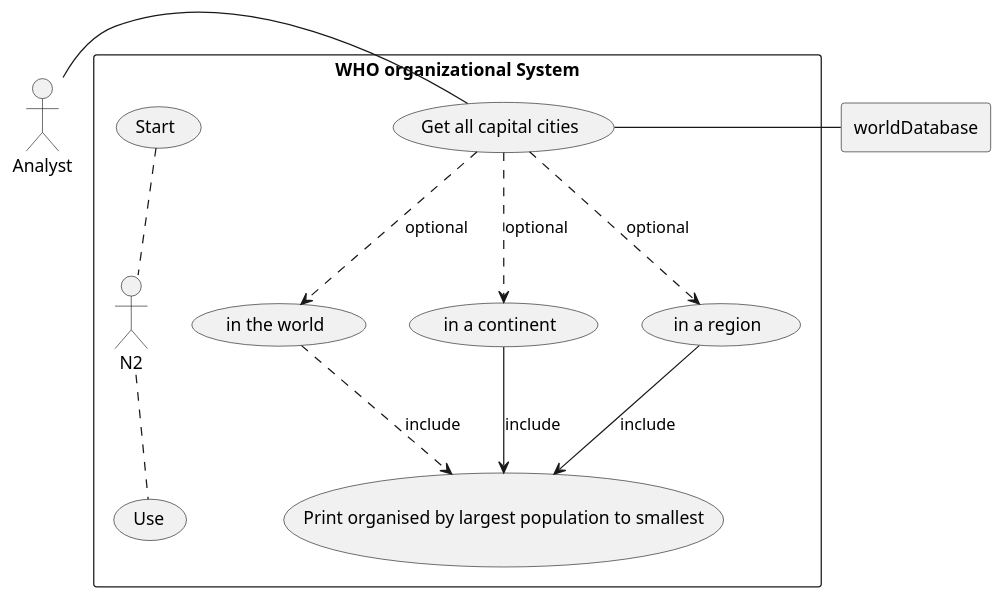
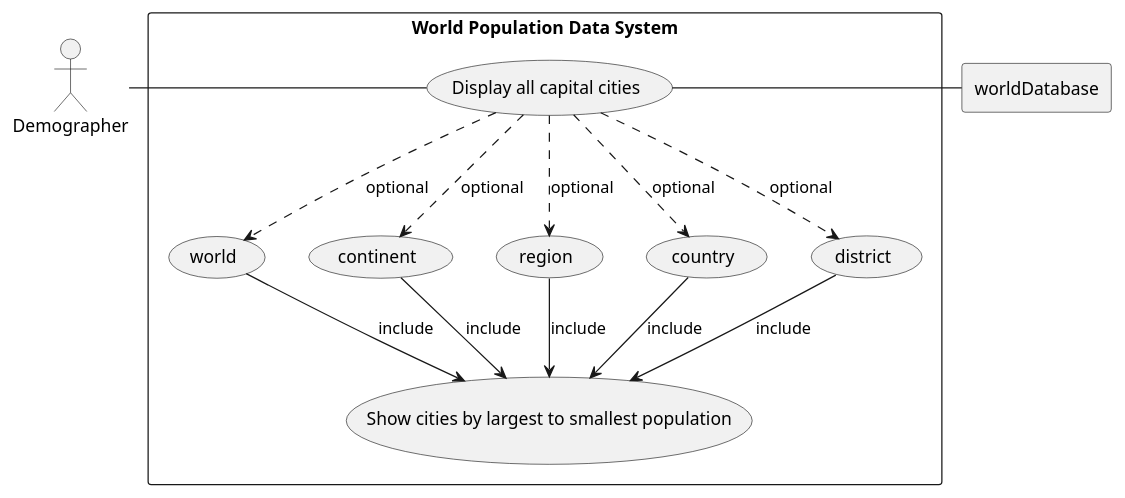
Before and after one commit to careykva/Group_4: the diagram in population_use_case/cities by population.puml, drawn with PlantUML.

Commit message:
1st use case diagram

```diff
--- a/population_use_case/cities by population.puml
+++ b/population_use_case/cities by population.puml
@@ -1,23 +1,30 @@
 @startuml
-actor AL as "Analyst"
+actor AL as "Demographer"
 
 rectangle worldDatabase
 
-rectangle "WHO organizational System" {
-	usecase UC1 as "Get all capital cities"
-	usecase UC1.1 as "in the world"
-	usecase UC1.2 as "in a continent"
-	usecase UC1.3 as "in a region"
+rectangle "World Population Data System" {
+	usecase UC6 as "Display all capital cities"
+	usecase UC6.1 as "world"
+	usecase UC6.2 as "continent"
+	usecase UC6.3 as "region"
+	usecase UC6.4 as "country"
+	usecase UC6.5 as "district"
 
-	usecase UCa as "Print organised by largest population to smallest"
-(Start) .. N2
-N2 .. (Use)
-AL - UC1
-UC1 ..> UC1.1 : optional
-    UC1.1 ..>UCa : include
-UC1 ..> UC1.2 : optional
-    UC1.2 --> UCa : include
-UC1 ..> UC1.3 : optional
-    UC1.3 --> UCa : include
-UC1 - worldDatabase
+	usecase UCa as "Show cities by largest to smallest population"
+
+
+AL - UC6
+UC6 ..> UC6.1 : optional
+    UC6.1 --> UCa : include
+UC6 ..> UC6.2 : optional
+    UC6.2 --> UCa : include
+UC6 ..> UC6.3 : optional
+    UC6.3 --> UCa : include
+UC6 ..> UC6.4 : optional
+    UC6.4 --> UCa : include
+UC6 ..> UC6.5 : optional
+    UC6.5 --> UCa : include
+
+UC6 - worldDatabase
 @enduml
```
